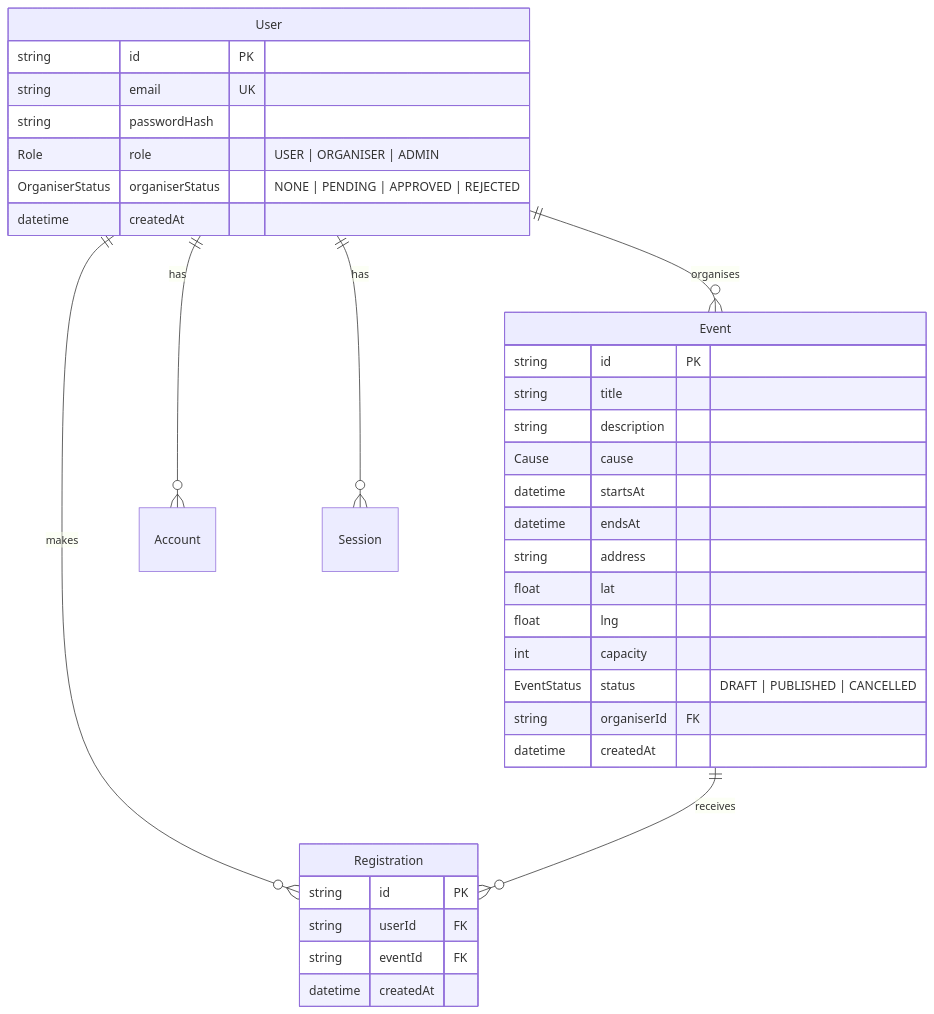
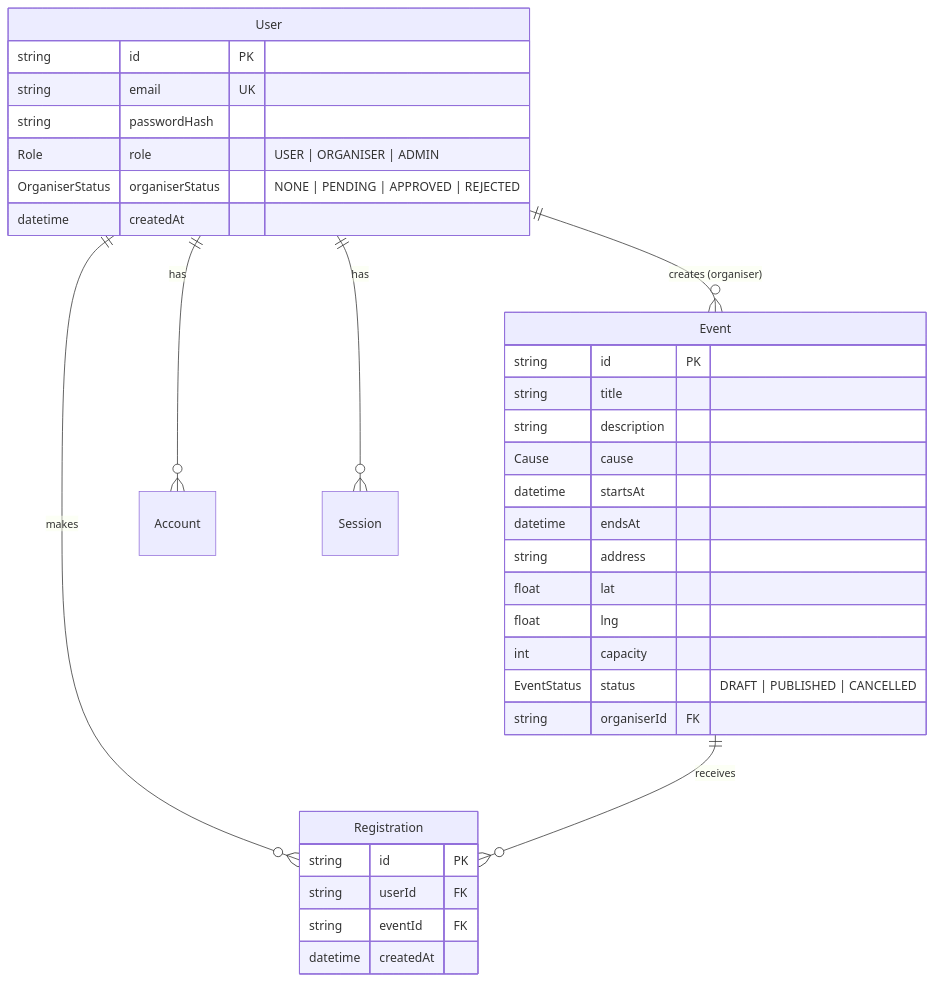
Before and after one commit to Saransh-Jainbu/goodloop: diagram 13 of 16 in docs/PROJECT_REPORT.md, drawn with Mermaid. The commit also changed other lines of this file and 37 other files, not shown here.

Commit message:
Report: describe the final system including organisations, with real screenshots and rendered diagrams

````diff
--- a/docs/PROJECT_REPORT.md
+++ b/docs/PROJECT_REPORT.md
@@ -209,38 +391,37 @@
 ```mermaid
 erDiagram
-    User ||--o{ Event : organises
+    User ||--o{ Event : "creates (organiser)"
     User ||--o{ Registration : makes
     Event ||--o{ Registration : receives
     User ||--o{ Account : has
     User ||--o{ Session : has
 
     User {
         string id PK
         string email UK
         string passwordHash
         Role role "USER | ORGANISER | ADMIN"
         OrganiserStatus organiserStatus "NONE | PENDING | APPROVED | REJECTED"
         datetime createdAt
     }
     Event {
         string id PK
         string title
         string description
         Cause cause
         datetime startsAt
         datetime endsAt
         string address
         float lat
         float lng
         int capacity
         EventStatus status "DRAFT | PUBLISHED | CANCELLED"
         string organiserId FK
-        datetime createdAt
     }
     Registration {
         string id PK
         string userId FK
         string eventId FK
         datetime createdAt
     }
 ```
````
